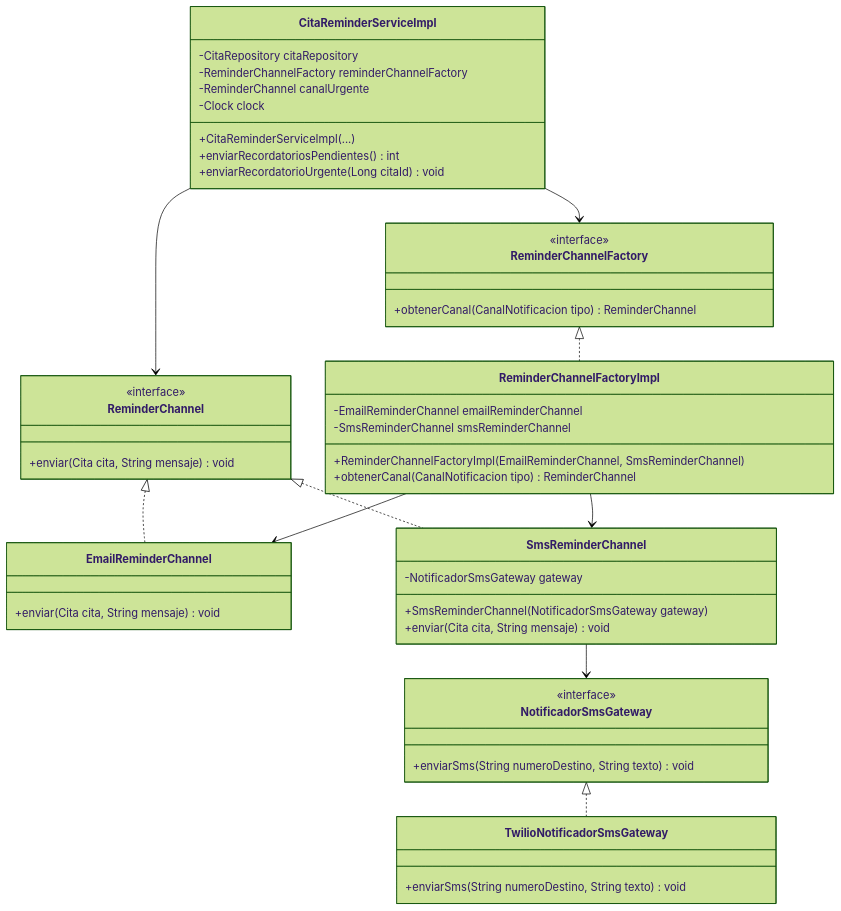
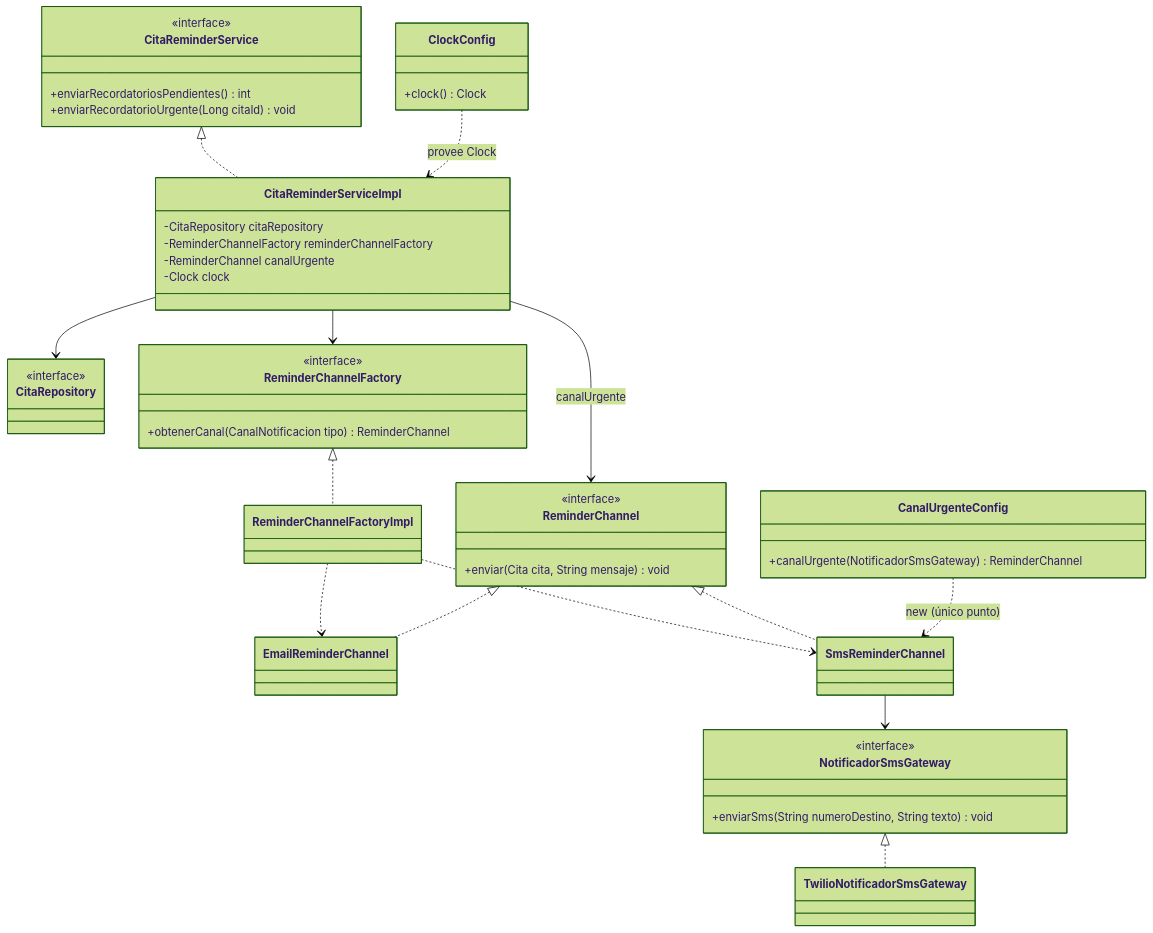
One commit to cammeza19/meza-post1-u9 changed the diagram in README.md. Above: the diagram before and after it, drawn with Mermaid (forest theme). The commit also changed other lines of this file and 2 other files, not shown here.

````diff
--- a/README.md
+++ b/README.md
@@ -134,58 +36,73 @@
 ```mermaid
 classDiagram
+    direction TB
+
+    class CitaReminderService {
+        <<interface>>
+        +enviarRecordatoriosPendientes() int
+        +enviarRecordatorioUrgente(Long citaId) void
+    }
+
+    class CitaReminderServiceImpl {
+        -CitaRepository citaRepository
+        -ReminderChannelFactory reminderChannelFactory
+        -ReminderChannel canalUrgente
+        -Clock clock
+    }
+
+    class ClockConfig {
+        +clock() Clock
+    }
+
+    class CanalUrgenteConfig {
+        +canalUrgente(NotificadorSmsGateway) ReminderChannel
+    }
+
+    class CitaRepository {
+        <<interface>>
+    }
+
+    class ReminderChannelFactory {
+        <<interface>>
+        +obtenerCanal(CanalNotificacion tipo) ReminderChannel
+    }
+
+    class ReminderChannelFactoryImpl {
+    }
+
     class ReminderChannel {
         <<interface>>
         +enviar(Cita cita, String mensaje) void
     }
 
     class EmailReminderChannel {
-        +enviar(Cita cita, String mensaje) void
     }
 
     class SmsReminderChannel {
-        -NotificadorSmsGateway gateway
-        +SmsReminderChannel(NotificadorSmsGateway gateway)
-        +enviar(Cita cita, String mensaje) void
     }
 
     class NotificadorSmsGateway {
         <<interface>>
         +enviarSms(String numeroDestino, String texto) void
     }
 
     class TwilioNotificadorSmsGateway {
-        +enviarSms(String numeroDestino, String texto) void
     }
 
-    class ReminderChannelFactory {
-        <<interface>>
-        +obtenerCanal(CanalNotificacion tipo) ReminderChannel
-    }
+    CitaReminderService <|.. CitaReminderServiceImpl
+    ClockConfig ..> CitaReminderServiceImpl : provee Clock
+    CitaReminderServiceImpl --> CitaRepository
+    CitaReminderServiceImpl --> ReminderChannelFactory
+    CitaReminderServiceImpl --> ReminderChannel : canalUrgente
 
-    class ReminderChannelFactoryImpl {
-        -EmailReminderChannel emailReminderChannel
-        -SmsReminderChannel smsReminderChannel
-        +ReminderChannelFactoryImpl(EmailReminderChannel, SmsReminderChannel)
-        +obtenerCanal(CanalNotificacion tipo) ReminderChannel
-    }
-
-    class CitaReminderServiceImpl {
-        -CitaRepository citaRepository
-        -ReminderChannelFactory reminderChannelFactory
-        -ReminderChannel canalUrgente
-        -Clock clock
-        +CitaReminderServiceImpl(...)
-        +enviarRecordatoriosPendientes() int
-        +enviarRecordatorioUrgente(Long citaId) void
-    }
+    ReminderChannelFactory <|.. ReminderChannelFactoryImpl
+    ReminderChannelFactoryImpl ..> EmailReminderChannel
+    ReminderChannelFactoryImpl ..> SmsReminderChannel
 
     ReminderChannel <|.. EmailReminderChannel
     ReminderChannel <|.. SmsReminderChannel
+
+    CanalUrgenteConfig ..> SmsReminderChannel : new (único punto)
+    SmsReminderChannel --> NotificadorSmsGateway
     NotificadorSmsGateway <|.. TwilioNotificadorSmsGateway
-    SmsReminderChannel --> NotificadorSmsGateway
-    ReminderChannelFactory <|.. ReminderChannelFactoryImpl
-    ReminderChannelFactoryImpl --> EmailReminderChannel
-    ReminderChannelFactoryImpl --> SmsReminderChannel
-    CitaReminderServiceImpl --> ReminderChannelFactory
-    CitaReminderServiceImpl --> ReminderChannel
 ```
````
